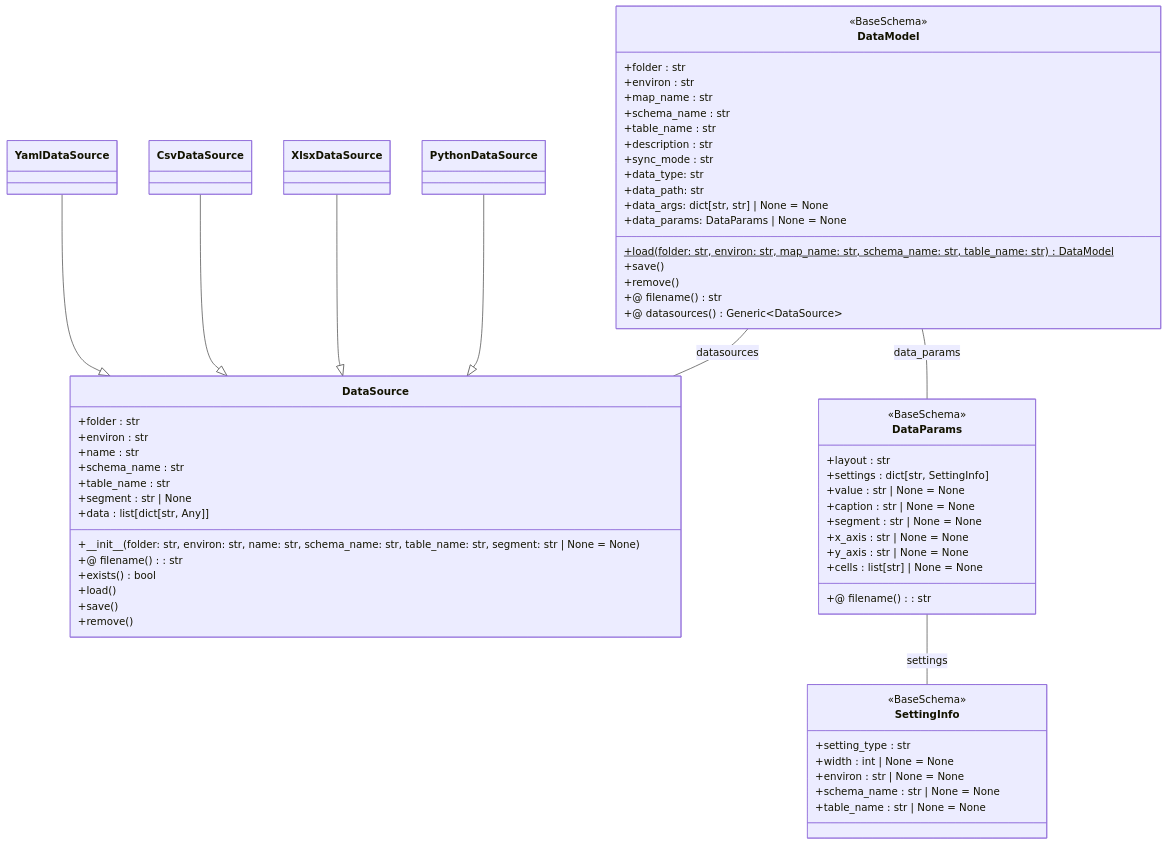
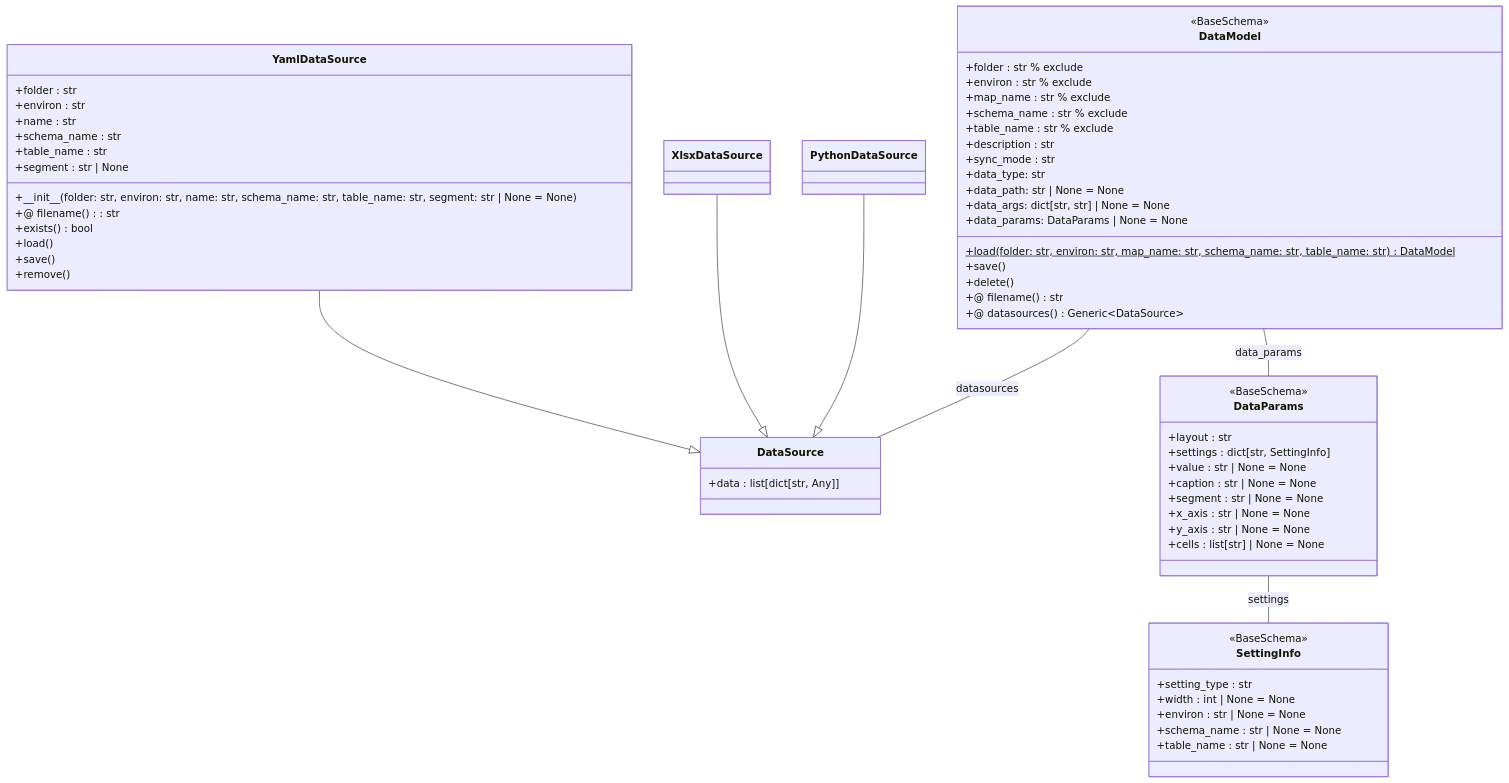
One commit to tamuto/dbgear changed the diagram in docs/spec_datamodel.md. Above: the diagram before and after it, drawn with Mermaid. The commit also changed 94 other files, not shown here.

```diff
--- a/docs/spec_datamodel.md
+++ b/docs/spec_datamodel.md
@@ -34,13 +34,16 @@
 classDiagram
 
     class DataSource {
+        +data : list[dict[str, Any]]
+    }
+
+    class YamlDataSource {
         +folder : str
         +environ : str
         +name : str
         +schema_name : str
         +table_name : str
         +segment : str | None
-        +data : list[dict[str, Any]]
 
         +\_\_init__(folder: str, environ: str, name: str, schema_name: str, table_name: str, segment: str | None = None)
 
@@ -52,15 +55,7 @@
         +remove()
     }
 
-    class YamlDataSource {
-    }
-
     YamlDataSource --|> DataSource
-
-    class CsvDataSource {
-    }
-
-    CsvDataSource --|> DataSource
 
     class XlsxDataSource {
     }
@@ -91,29 +86,27 @@
         +x_axis : str | None = None
         +y_axis : str | None = None
         +cells : list[str] | None = None
-
-        +@ filename() : str
     }
 
     DataParams -- SettingInfo : settings
 
     class DataModel {
         <<BaseSchema>>
-        +folder : str
-        +environ : str
-        +map_name : str
-        +schema_name : str
-        +table_name : str
+        +folder : str % exclude
+        +environ : str % exclude
+        +map_name : str % exclude
+        +schema_name : str % exclude
+        +table_name : str % exclude
         +description : str
         +sync_mode : str
         +data_type: str
-        +data_path: str
+        +data_path: str | None = None
         +data_args: dict[str, str] | None = None
         +data_params: DataParams | None = None
 
         +load(folder: str, environ: str, map_name: str, schema_name: str, table_name: str) DataModel$
         +save()
-        +remove()
+        +delete()
         +@ filename() str
         +@ datasources() Generic~DataSource~
     }
```
